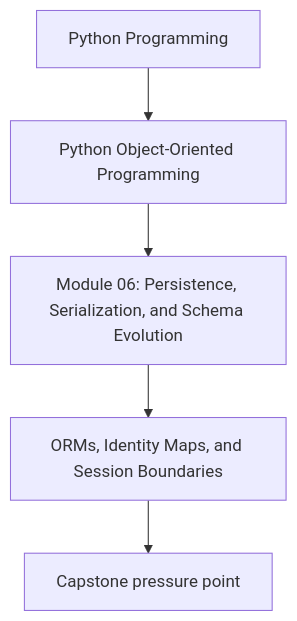
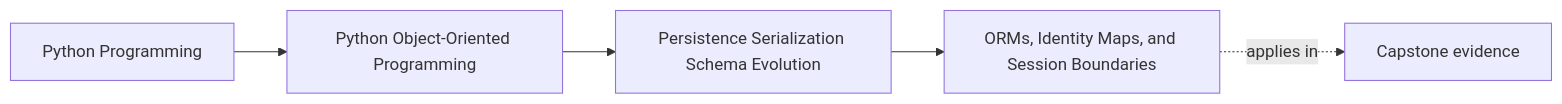
The first of 2 diagrams in programs/python-programming/python-object-oriented-programming/course-book/module-06-persistence-serialization-schema-evolution/orms-identity-map-and-session-boundaries.md (bijux/bijux-masterclass), drawn with Mermaid before and after one commit. The commit also changed other lines of this file and 103 other files, not shown here.

Commit message:
docs(python-object-oriented-programming): map sustainment and capstone surfaces

````diff
--- a/programs/python-programming/python-object-oriented-programming/course-book/module-06-persistence-serialization-schema-evolution/orms-identity-map-and-session-boundaries.md
+++ b/programs/python-programming/python-object-oriented-programming/course-book/module-06-persistence-serialization-schema-evolution/orms-identity-map-and-session-boundaries.md
@@ -7,7 +7,11 @@
 ```mermaid
-flowchart TD
-  family["Python Programming"] --> program["Python Object-Oriented Programming"]
-  program --> module["Module 06: Persistence, Serialization, and Schema Evolution"]
-  module --> concept["ORMs, Identity Maps, and Session Boundaries"]
-  concept --> capstone["Capstone pressure point"]
+graph LR
+  family["Python Programming"]
+  program["Python Object-Oriented Programming"]
+  section["Persistence Serialization Schema Evolution"]
+  page["ORMs, Identity Maps, and Session Boundaries"]
+  capstone["Capstone evidence"]
+
+  family --> program --> section --> page
+  page -.applies in.-> capstone
 ```
````
